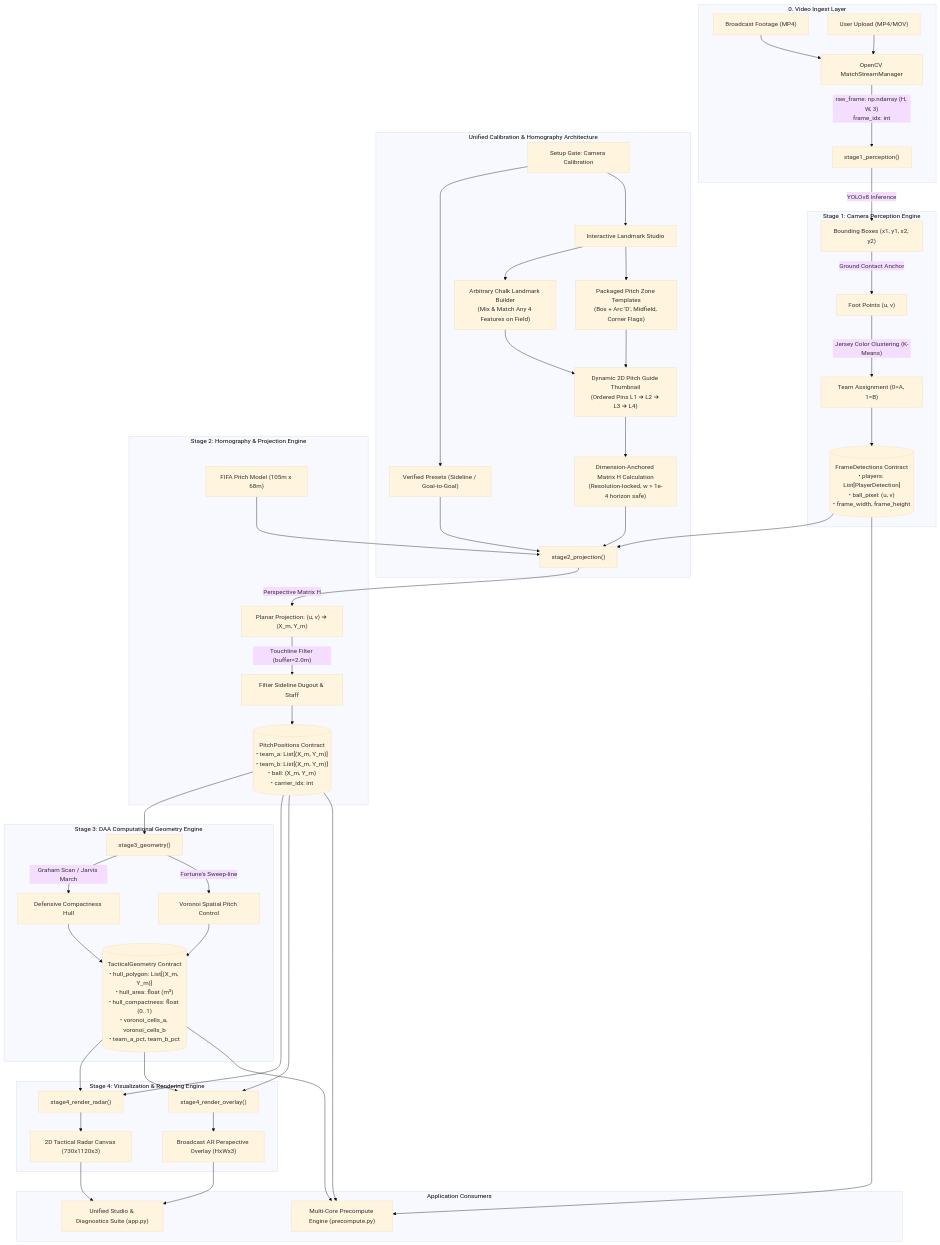
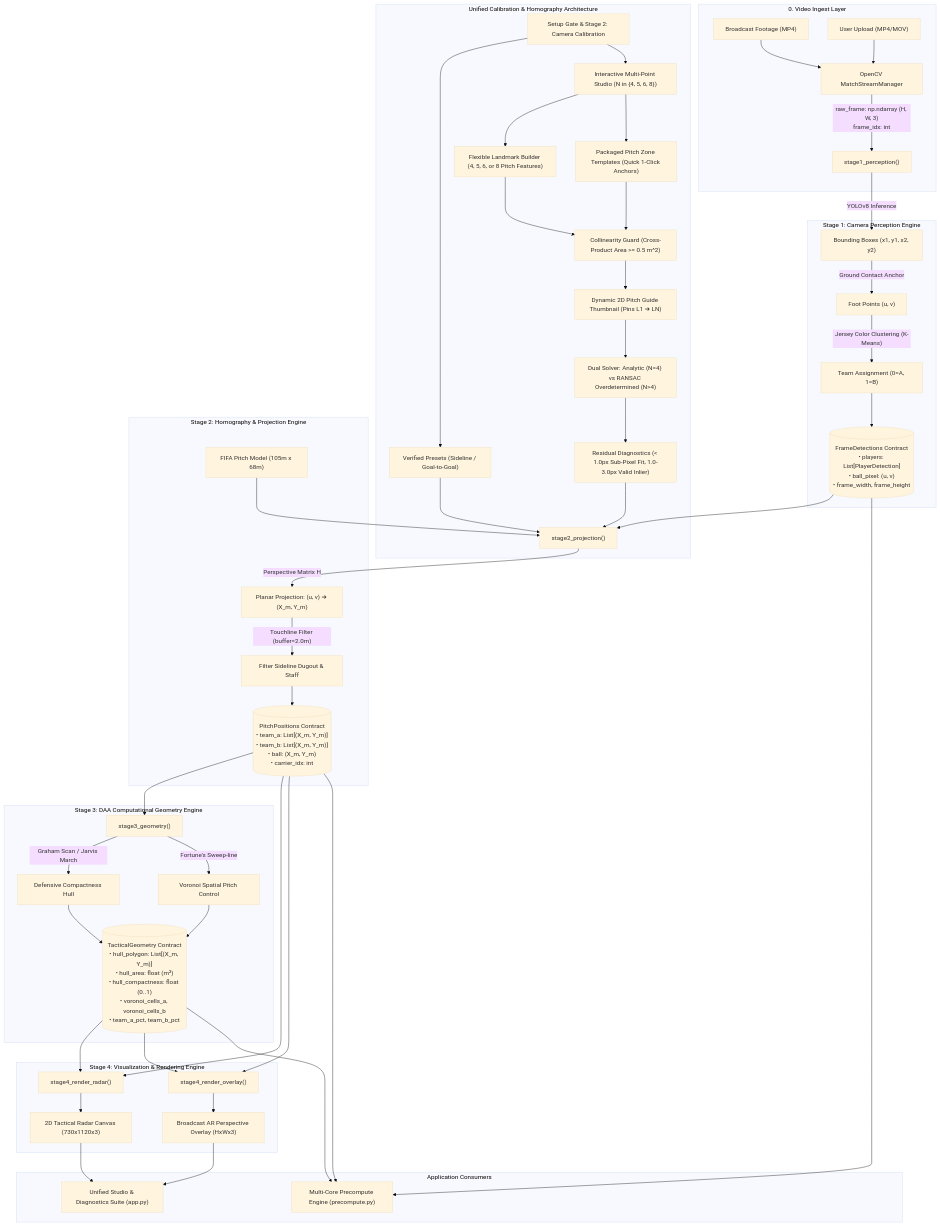
Before and after one commit to Parag949/football_c: the diagram in ARCHITECTURE.md, drawn with Mermaid (base theme). The commit also changed other lines of this file and 3 other files, not shown here.

Commit message:
docs: comprehensive update across README, ARCHITECTURE, FEATURES_AND_IMPLEMENTATION, and HACKATHON_PITCH_GUIDE

````diff
--- a/ARCHITECTURE.md
+++ b/ARCHITECTURE.md
@@ -11,53 +11,55 @@
 ```mermaid
 flowchart TD
     subgraph INGEST ["0. Video Ingest Layer"]
         A1["Broadcast Footage (MP4)"] --> B1["OpenCV MatchStreamManager"]
         A2["User Upload (MP4/MOV)"] --> B1
         B1 -->|"raw_frame: np.ndarray (H, W, 3)\nframe_idx: int"| S1
     end
 
     subgraph CALIB ["Unified Calibration & Homography Architecture"]
-        G_MODE["Setup Gate: Camera Calibration"] --> P_PRESET["Verified Presets (Sideline / Goal-to-Goal)"]
-        G_MODE --> P_STUDIO["Interactive Landmark Studio"]
-        P_STUDIO --> L_MIX["Arbitrary Chalk Landmark Builder\n(Mix & Match Any 4 Features on Field)"]
-        P_STUDIO --> L_TMPL["Packaged Pitch Zone Templates\n(Box + Arc 'D', Midfield, Corner Flags)"]
-        L_MIX & L_TMPL --> THUMB["Dynamic 2D Pitch Guide Thumbnail\n(Ordered Pins L1 ➔ L2 ➔ L3 ➔ L4)"]
-        THUMB --> H_CALC["Dimension-Anchored Matrix H Calculation\n(Resolution-locked, w > 1e-4 horizon safe)"]
-        H_CALC --> S2
+        G_MODE["Setup Gate & Stage 2: Camera Calibration"] --> P_PRESET["Verified Presets (Sideline / Goal-to-Goal)"]
+        G_MODE --> P_STUDIO["Interactive Multi-Point Studio (N in {4, 5, 6, 8})"]
+        P_STUDIO --> L_MIX["Flexible Landmark Builder (4, 5, 6, or 8 Pitch Features)"]
+        P_STUDIO --> L_TMPL["Packaged Pitch Zone Templates (Quick 1-Click Anchors)"]
+        L_MIX & L_TMPL --> COLLIN["Collinearity Guard (Cross-Product Area >= 0.5 m^2)"]
+        COLLIN --> THUMB["Dynamic 2D Pitch Guide Thumbnail (Pins L1 ➔ LN)"]
+        THUMB --> H_CALC["Dual Solver: Analytic (N=4) vs RANSAC Overdetermined (N>4)"]
+        H_CALC --> RESID["Residual Diagnostics (< 1.0px Sub-Pixel Fit, 1.0-3.0px Valid Inlier)"]
+        RESID --> S2
         P_PRESET --> S2
     end
 
     subgraph STAGE1 ["Stage 1: Camera Perception Engine"]
         S1["stage1_perception()"] -->|"YOLOv8 Inference"| P1["Bounding Boxes (x1, y1, x2, y2)"]
         P1 -->|"Ground Contact Anchor"| P2["Foot Points (u, v)"]
         P2 -->|"Jersey Color Clustering (K-Means)"| P3["Team Assignment (0=A, 1=B)"]
         P3 --> C1[("FrameDetections Contract\n• players: List[PlayerDetection]\n• ball_pixel: (u, v)\n• frame_width, frame_height")]
     end
 
     subgraph STAGE2 ["Stage 2: Homography & Projection Engine"]
         C1 --> S2["stage2_projection()"]
         M1["FIFA Pitch Model (105m x 68m)"] --> S2
         S2 -->|"Perspective Matrix H"| PR1["Planar Projection: (u, v) ➔ (X_m, Y_m)"]
         PR1 -->|"Touchline Filter (buffer=2.0m)"| PR2["Filter Sideline Dugout & Staff"]
         PR2 --> C2[("PitchPositions Contract\n• team_a: List[(X_m, Y_m)]\n• team_b: List[(X_m, Y_m)]\n• ball: (X_m, Y_m)\n• carrier_idx: int")]
     end
 
     subgraph STAGE3 ["Stage 3: DAA Computational Geometry Engine"]
         C2 --> S3["stage3_geometry()"]
         S3 -->|"Graham Scan / Jarvis March"| G1["Defensive Compactness Hull"]
         S3 -->|"Fortune's Sweep-line"| G2["Voronoi Spatial Pitch Control"]
         G1 & G2 --> C3[("TacticalGeometry Contract\n• hull_polygon: List[(X_m, Y_m)]\n• hull_area: float (m²)\n• hull_compactness: float (0..1)\n• voronoi_cells_a, voronoi_cells_b\n• team_a_pct, team_b_pct")]
     end
 
     subgraph STAGE4 ["Stage 4: Visualization & Rendering Engine"]
         C2 & C3 --> R1["stage4_render_radar()"]
         C2 & C3 --> R2["stage4_render_overlay()"]
         R1 --> V1["2D Tactical Radar Canvas (730x1120x3)"]
         R2 --> V2["Broadcast AR Perspective Overlay (HxWx3)"]
     end
 
     subgraph APPS ["Application Consumers"]
         V1 & V2 --> APP1["Unified Studio & Diagnostics Suite (app.py)"]
         C1 & C2 & C3 --> PRE["Multi-Core Precompute Engine (precompute.py)"]
     end
 ```
````
